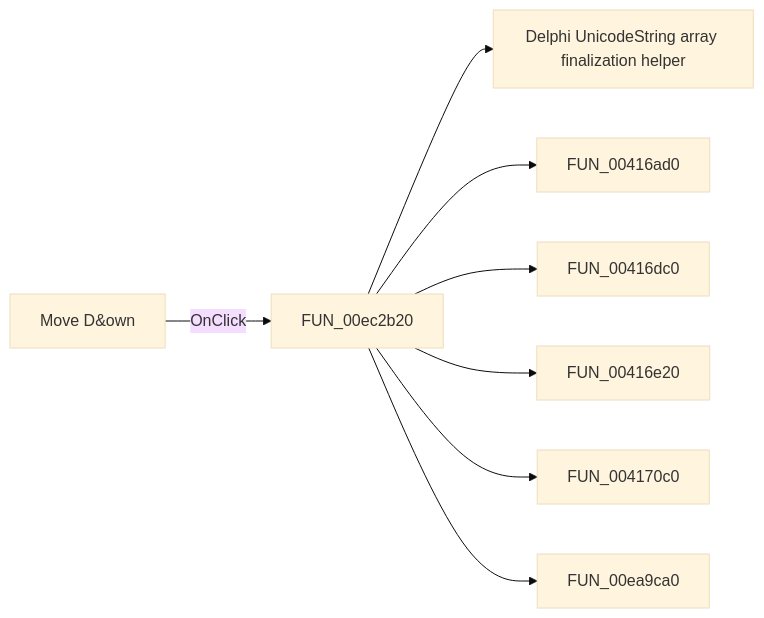
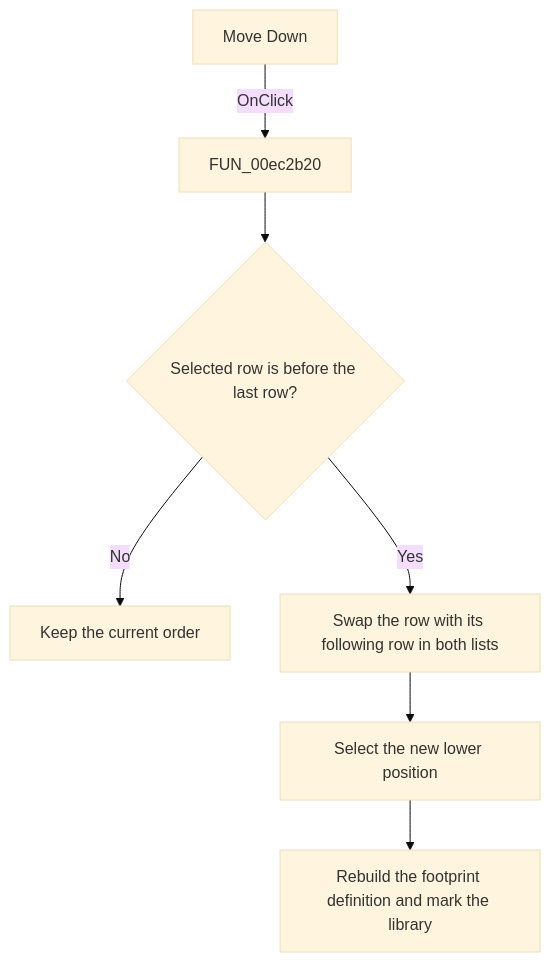
The diagram in docs/ui-controls/pcbform4/btnmovedown-f2409e2d69.md (MovGP0/TIARA), drawn with Mermaid (base theme) before and after one commit. The commit also changed other lines of this file and 1062 other files, not shown here.

````diff
--- a/docs/ui-controls/pcbform4/btnmovedown-f2409e2d69.md
+++ b/docs/ui-controls/pcbform4/btnmovedown-f2409e2d69.md
@@ -27,10 +29,9 @@
 ```mermaid
-flowchart LR
-    control["Move D&own"] -->|OnClick| handler["FUN_00ec2b20"]
-    handler --> call1["Delphi UnicodeString array finalization helper"]
-    handler --> call2["FUN_00416ad0"]
-    handler --> call3["FUN_00416dc0"]
-    handler --> call4["FUN_00416e20"]
-    handler --> call5["FUN_004170c0"]
-    handler --> call6["FUN_00ea9ca0"]
+flowchart TD
+    control["Move Down"] -->|OnClick| handler["FUN_00ec2b20"]
+    handler --> movable{"Selected row is before the last row?"}
+    movable -->|No| noChange["Keep the current order"]
+    movable -->|Yes| swap["Swap the row with its following row in both lists"]
+    swap --> select["Select the new lower position"]
+    select --> rebuild["Rebuild the footprint definition and mark the library"]
 ```
````
